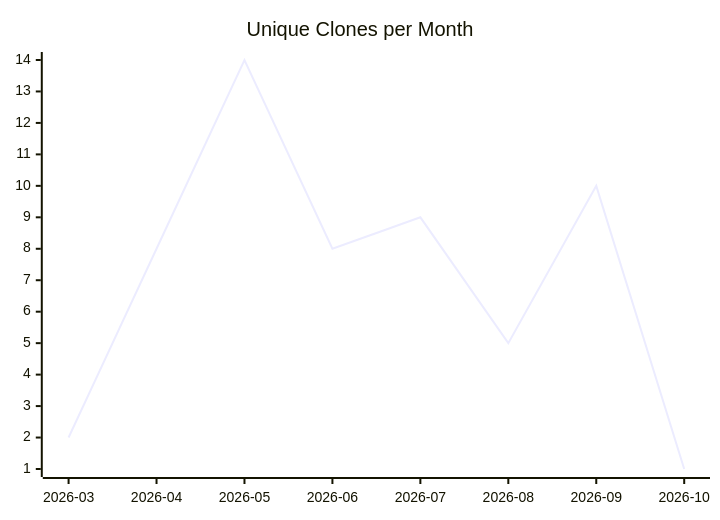
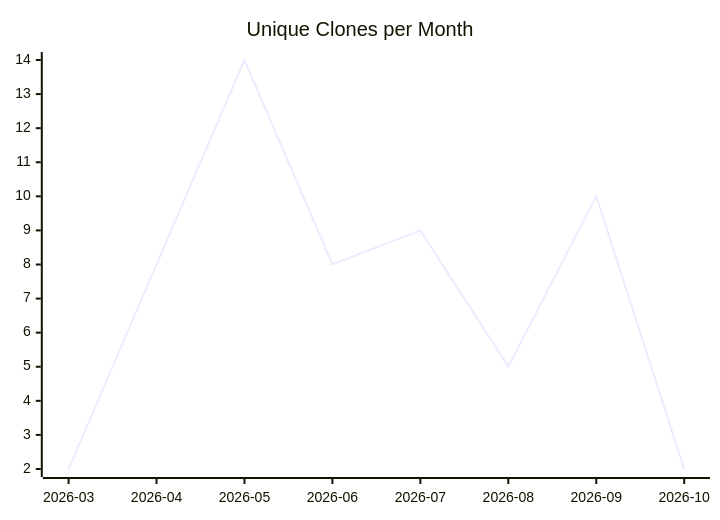
One commit to justdavis-family/github-analytics-data changed the third of 3 diagrams in karlmdavis/kobjects/README.md. Above: the diagram before and after it, drawn with Mermaid. The commit also changed other lines of this file and 203 other files, not shown here.

````diff
--- a/karlmdavis/kobjects/README.md
+++ b/karlmdavis/kobjects/README.md
@@ -19,6 +19,6 @@
 ```mermaid
 xychart-beta
   title "Unique Clones per Month"
   x-axis ["2026-03", "2026-04", "2026-05", "2026-06", "2026-07", "2026-08", "2026-09", "2026-10"]
-  line [2, 8, 14, 8, 9, 5, 10, 1]
+  line [2, 8, 14, 8, 9, 5, 10, 2]
 ```
````
